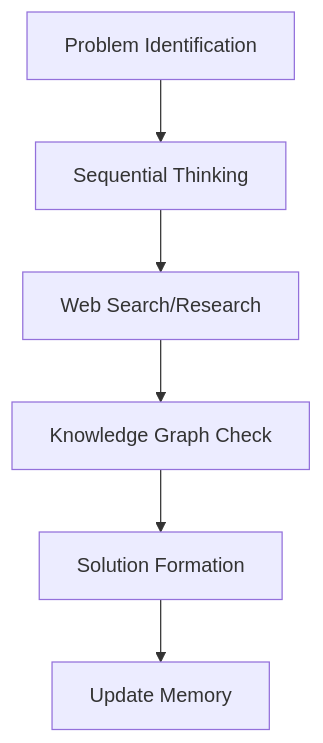
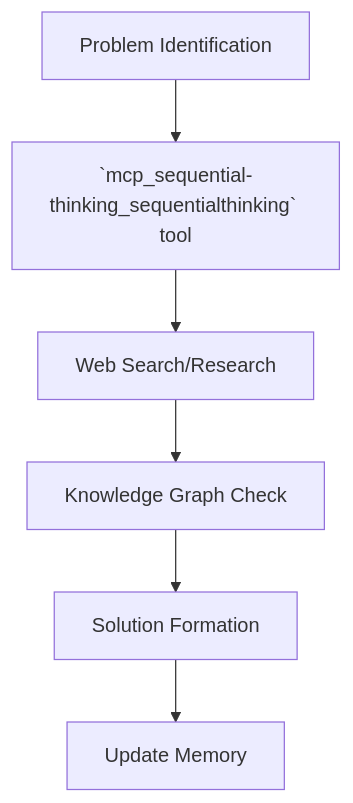
The diagram in .cursor/rules/mcp-tools-usage.mdc (bfra-me/works), drawn with Mermaid before and after one commit. The commit also changed other lines of this file and 32 other files, not shown here.

````diff
--- a/.cursor/rules/mcp-tools-usage.mdc
+++ b/.cursor/rules/mcp-tools-usage.mdc
@@ -44,8 +44,8 @@
         ```mermaid
         flowchart TD
-            Start[Problem Identification] --> Think[Sequential Thinking]
+            Start[Problem Identification] --> Think[`mcp_sequential-thinking_sequentialthinking` tool]
             Think --> Search[Web Search/Research]
             Search --> Validate[Knowledge Graph Check]
             Validate --> Conclude[Solution Formation]
             Conclude --> Document[Update Memory]
         ```
````
